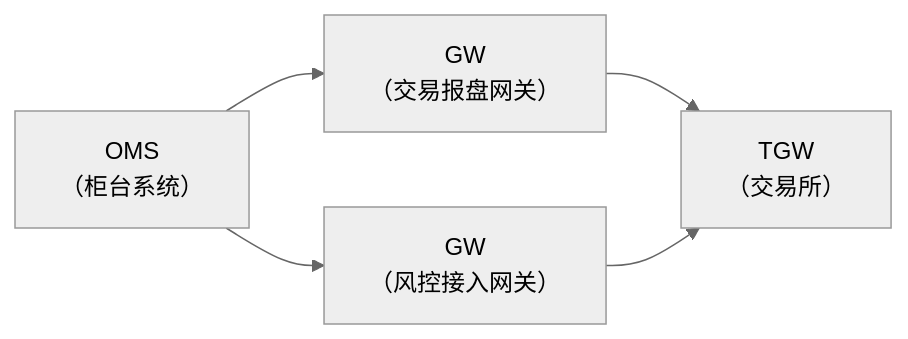
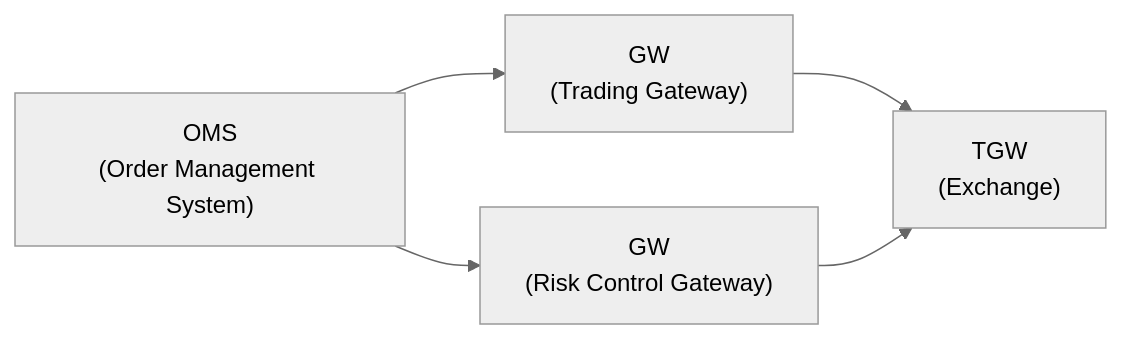
The first of 3 diagrams in readme.md (xinchentechnote/gt-auto), drawn with Mermaid (neutral theme) before and after one commit. The commit also changed other lines of this file, not shown here.

Commit message:
doc:add architecture description and diagram

````diff
--- a/readme.md
+++ b/readme.md
@@ -3,12 +4,12 @@
 ```mermaid
 graph LR
-    OMS[OMS<br>（柜台系统）]
-    GW1[GW<br>（交易报盘网关）]
-    GW2[GW<br>（风控接入网关）]
-    TGW[TGW<br>（交易所）]
+    OMS["OMS<br>(Order Management System)"]
+    GW1["GW<br>(Trading Gateway)"]
+    GW2["GW<br>(Risk Control Gateway)"]
+    TGW["TGW<br>(Exchange)"]
 
     OMS --> GW1
     OMS --> GW2
     GW1 --> TGW
     GW2 --> TGW
 ```
````
